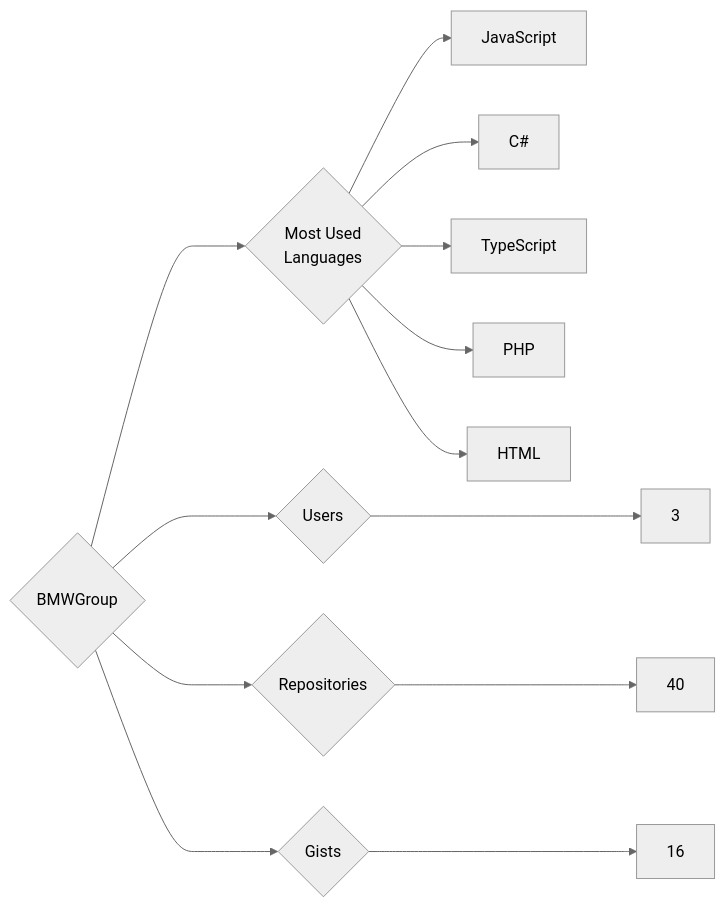
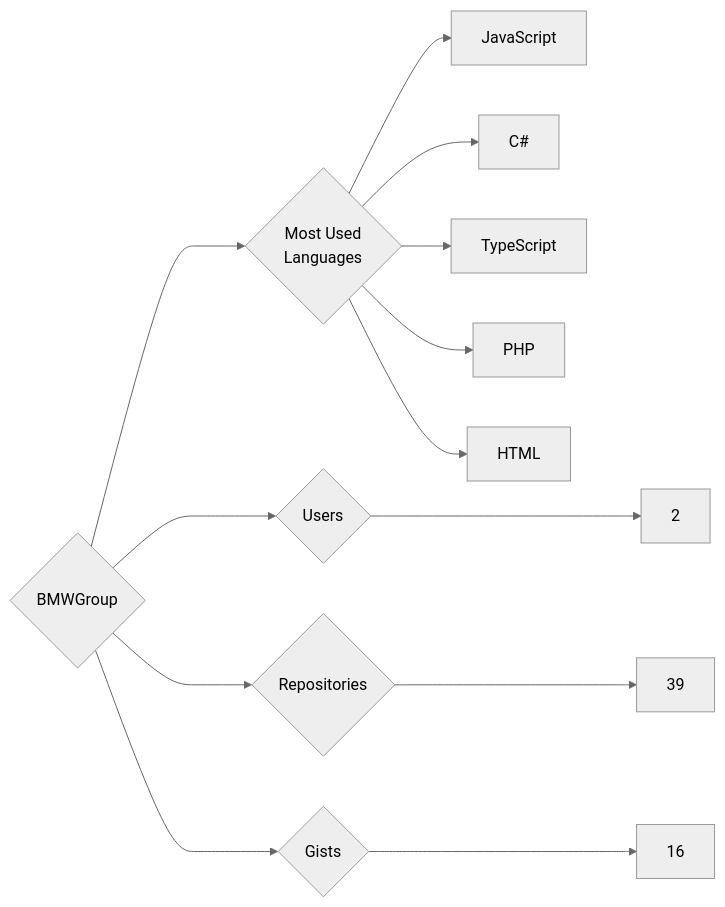
Before and after one commit to trickest/insiders: the diagram in targets/BMWGroup/README.md, drawn with Mermaid (neutral theme). The commit also changed 942 other files, not shown here.

````diff
--- a/targets/BMWGroup/README.md
+++ b/targets/BMWGroup/README.md
@@ -3,13 +3,13 @@
 ```mermaid
 graph LR
 COMPANY_NAME{BMWGroup}
-COMPANY_NAME ---> U{Users} ---> UN[3]
-COMPANY_NAME ---> R{Repositories} ---> RN[40]
+COMPANY_NAME ---> U{Users} ---> UN[2]
+COMPANY_NAME ---> R{Repositories} ---> RN[39]
 COMPANY_NAME ---> G{Gists} ---> GN[16]
 COMPANY_NAME ---> ML{Most Used<br>Languages}
 ML --> JavaScript[JavaScript]
 ML --> C#[C#]
 ML --> TypeScript[TypeScript]
 ML --> PHP[PHP]
 ML --> HTML[HTML]
 ```
````
